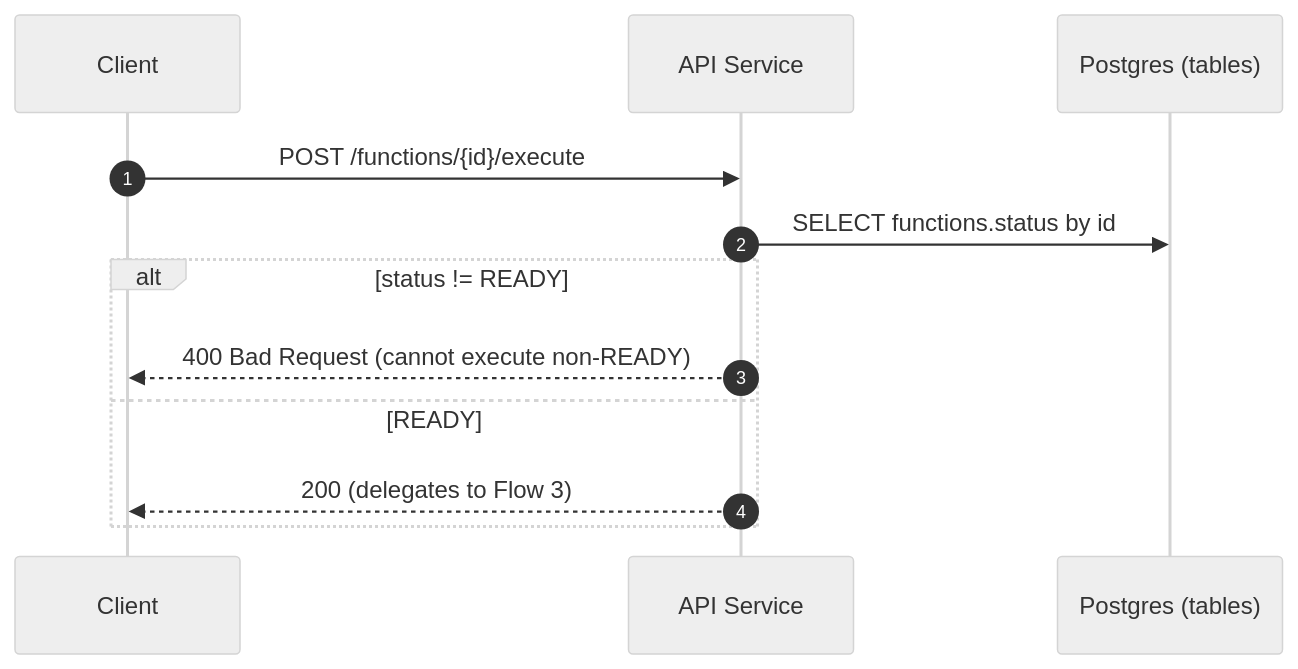
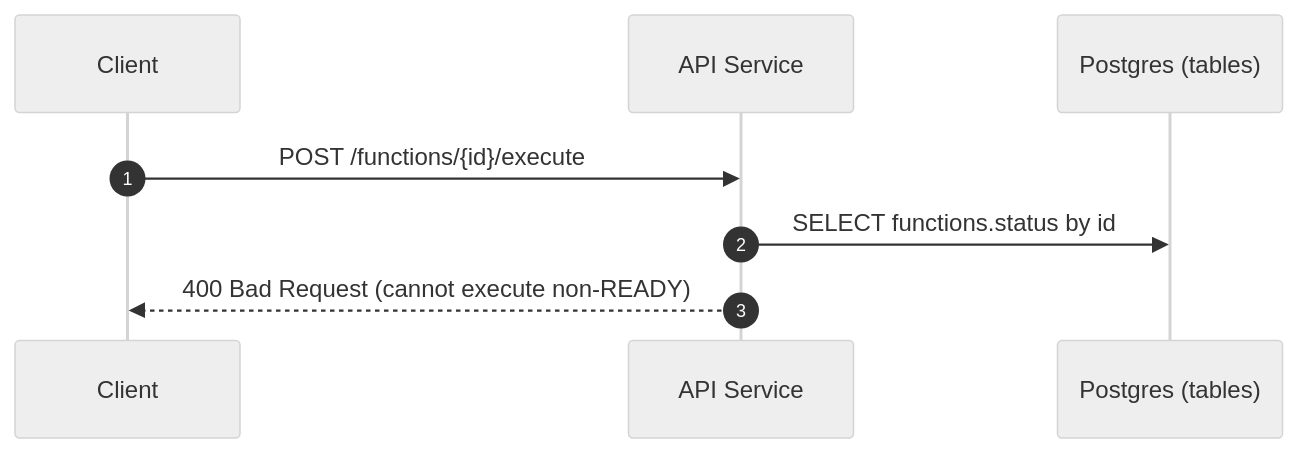
One commit to nilenso/raj-onboarding changed the fourth of 6 diagrams in projectNIL/scope/flows.md. Above: the diagram before and after it, drawn with Mermaid (neutral theme).

Commit message:
docs(scope): keep execute rejection sad-path

````diff
--- a/projectNIL/scope/flows.md
+++ b/projectNIL/scope/flows.md
@@ -83,15 +83,11 @@
 ```mermaid
 sequenceDiagram
   autonumber
   participant C as Client
   participant API as API Service
   participant DB as Postgres (tables)
 
   C->>API: POST /functions/{id}/execute
   API->>DB: SELECT functions.status by id
-  alt status != READY
-    API-->>C: 400 Bad Request (cannot execute non-READY)
-  else READY
-    API-->>C: 200 (delegates to Flow 3)
-  end
+  API-->>C: 400 Bad Request (cannot execute non-READY)
 ```
````
